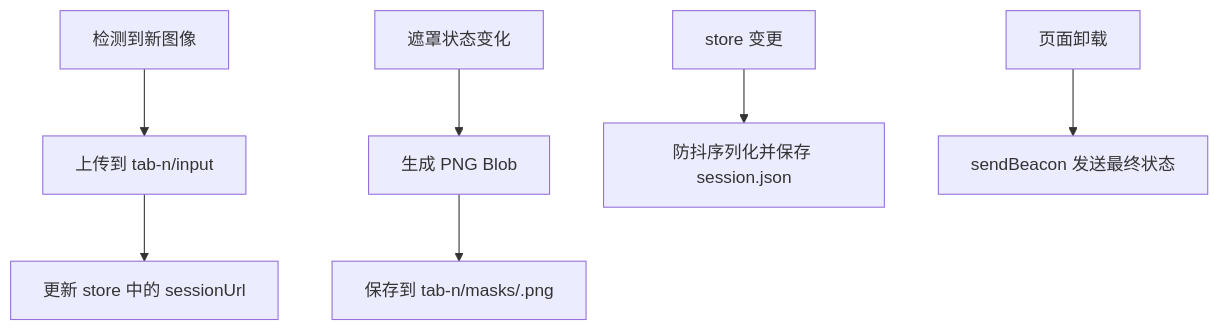
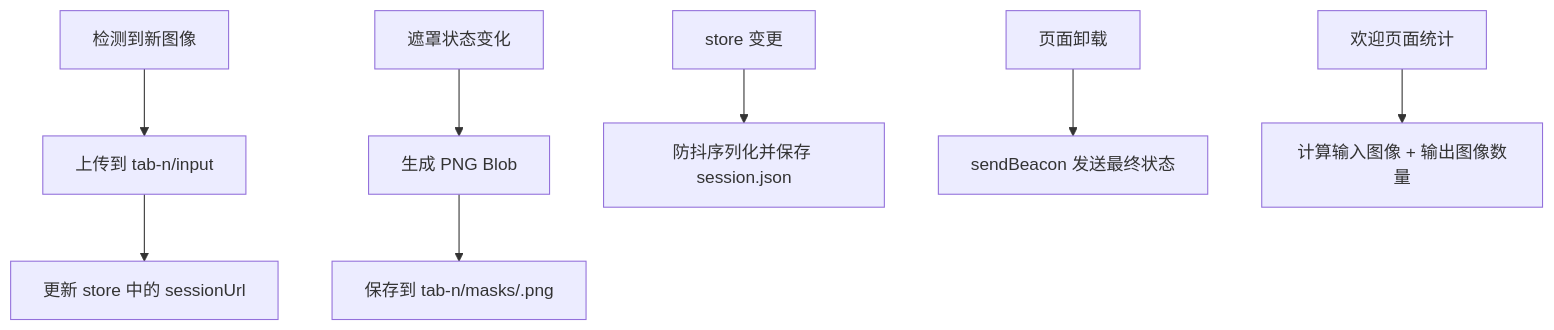
Before and after one commit to billye220670/CorineKit_Pix2Real: the fifth of 9 diagrams in .qoder/repowiki/zh/content/会话管理/会话管理.md, drawn with Mermaid. The commit also changed other lines of this file and 33 other files, not shown here.

````diff
--- a/.qoder/repowiki/zh/content/会话管理/会话管理.md
+++ b/.qoder/repowiki/zh/content/会话管理/会话管理.md
@@ -229,9 +252,10 @@
 ```mermaid
 flowchart TD
 A["检测到新图像"] --> B["上传到 tab-n/input"]
 B --> C["更新 store 中的 sessionUrl"]
 D["遮罩状态变化"] --> E["生成 PNG Blob"]
 E --> F["保存到 tab-n/masks/<safeName>.png"]
 G["store 变更"] --> H["防抖序列化并保存 session.json"]
 I["页面卸载"] --> J["sendBeacon 发送最终状态"]
+K["欢迎页面统计"] --> L["计算输入图像 + 输出图像数量"]
 ```
````
